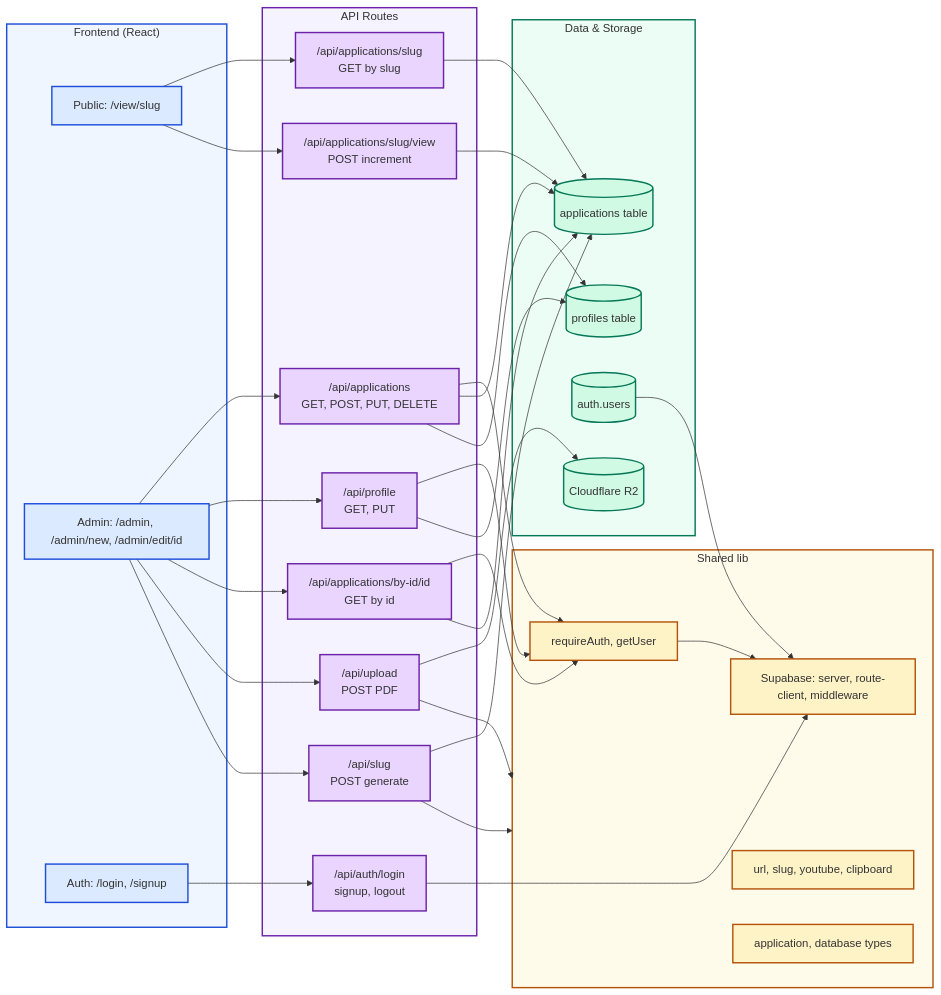
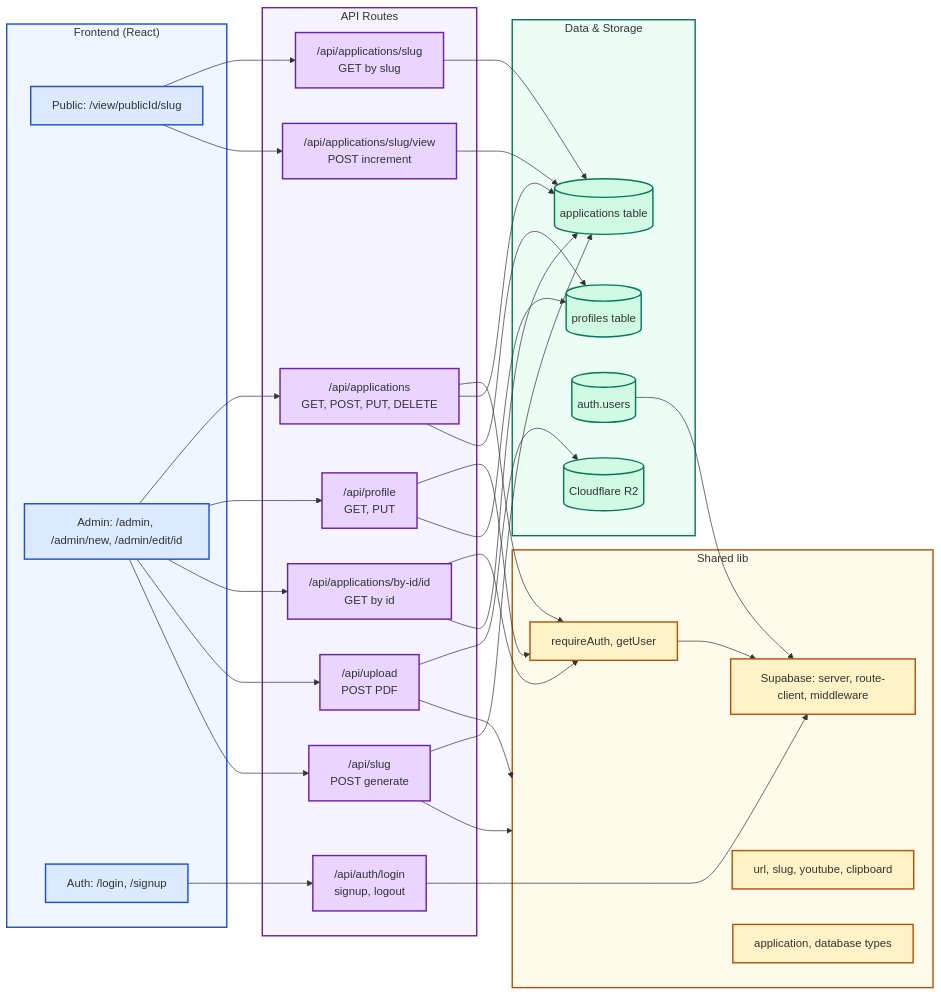
Before and after one commit to joan-gerard/my-hire-view: the second of 5 diagrams in docs/ARCHITECTURE.md, drawn with Mermaid. The commit also changed other lines of this file and 57 other files, not shown here.

````diff
--- a/docs/ARCHITECTURE.md
+++ b/docs/ARCHITECTURE.md
@@ -78,7 +78,7 @@
 ```mermaid
 flowchart LR
   subgraph Frontend["Frontend (React)"]
-    Public[Public: /view/slug]
+    Public[Public: /view/publicId/slug]
     Admin[Admin: /admin, /admin/new, /admin/edit/id]
     AuthPages[Auth: /login, /signup]
   end
````
